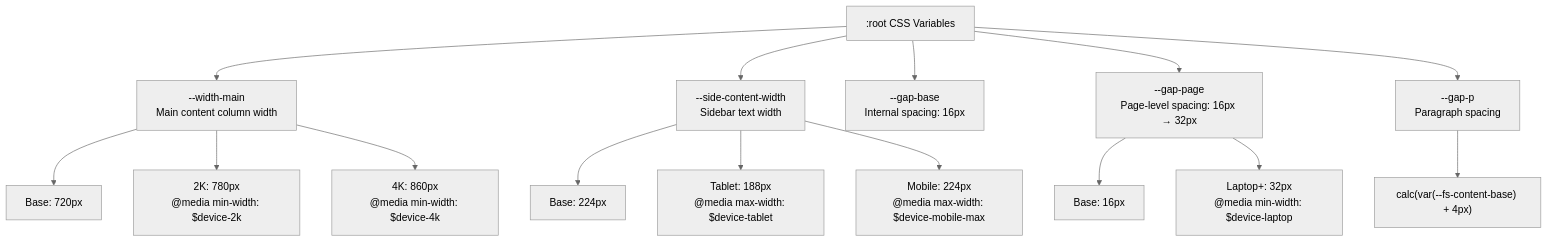
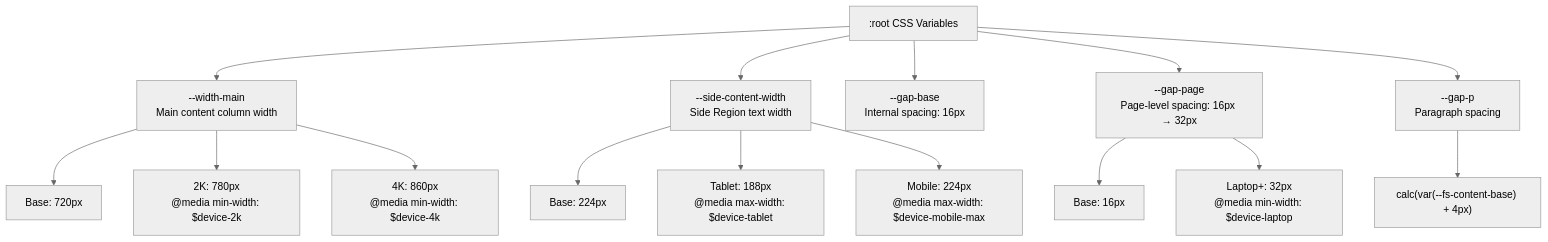
Before and after one commit to xaoxuu/hexo-theme-stellar: the second of 5 diagrams in docs/knowledge/01-样式系统/responsive-design.md, drawn with Mermaid (neutral theme). The commit also changed other lines of this file and 287 other files, not shown here.

````diff
--- a/docs/knowledge/01-样式系统/responsive-design.md
+++ b/docs/knowledge/01-样式系统/responsive-design.md
@@ -62,23 +62,23 @@
 ```mermaid
 graph TB
     Root[":root CSS Variables"]
     
     Root --> WidthMain["--width-main<br/>Main content column width"]
-    Root --> SideWidth["--side-content-width<br/>Sidebar text width"]
+    Root --> SideWidth["--side-content-width<br/>Side Region text width"]
     Root --> GapBase["--gap-base<br/>Internal spacing: 16px"]
     Root --> GapPage["--gap-page<br/>Page-level spacing: 16px → 32px"]
     Root --> GapP["--gap-p<br/>Paragraph spacing"]
     
     WidthMain --> W720["Base: 720px"]
     WidthMain --> W780["2K: 780px<br/>@media min-width: $device-2k"]
     WidthMain --> W860["4K: 860px<br/>@media min-width: $device-4k"]
     
     SideWidth --> S224["Base: 224px"]
     SideWidth --> S188["Tablet: 188px<br/>@media max-width: $device-tablet"]
     SideWidth --> S224Mobile["Mobile: 224px<br/>@media max-width: $device-mobile-max"]
     
     GapPage --> GP16["Base: 16px"]
     GapPage --> GP32["Laptop+: 32px<br/>@media min-width: $device-laptop"]
     
     GapP --> GapPCalc["calc(var(--fs-content-base) + 4px)"]
 ```
````
